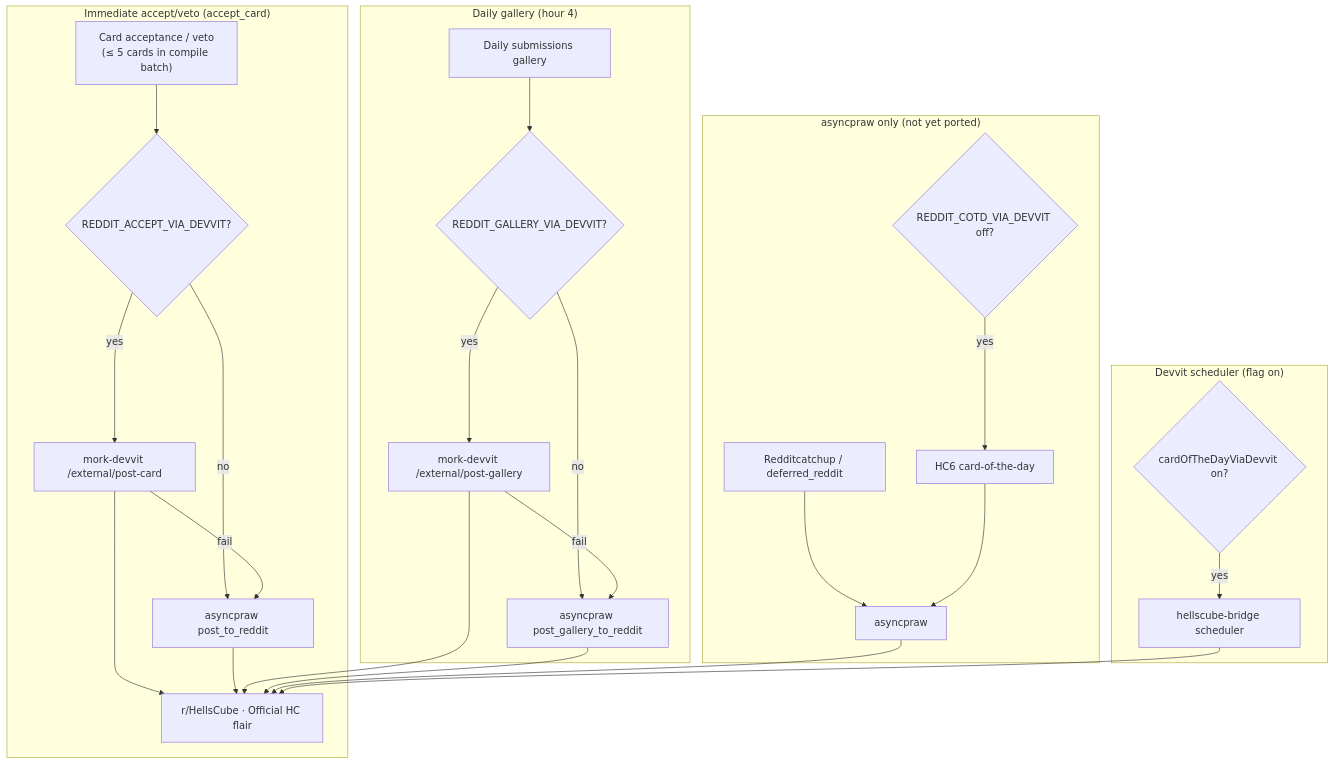
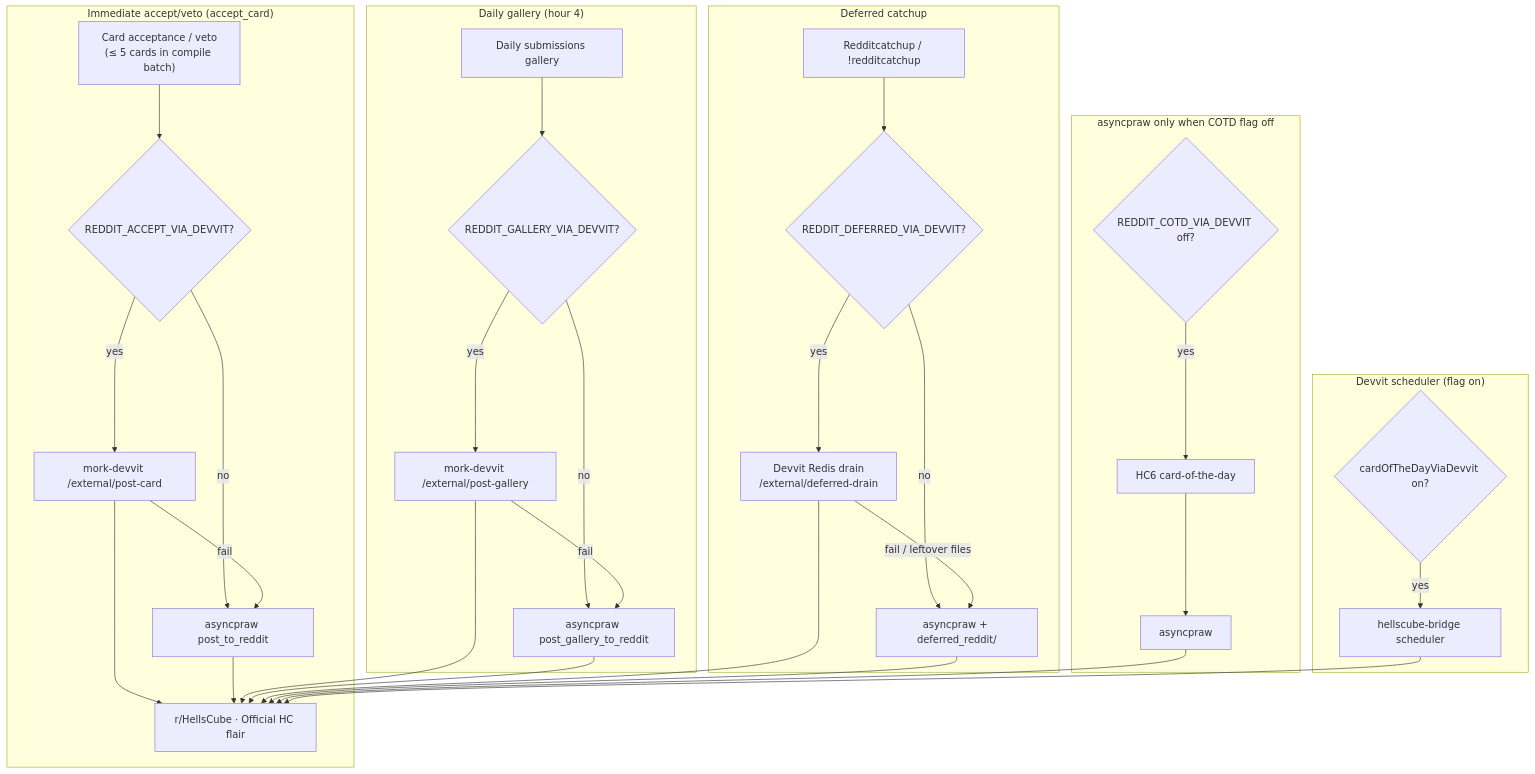
The third of 4 diagrams in docs/card-flows/background.md (bones-bones/mork), drawn with Mermaid before and after one commit. The commit also changed other lines of this file and 36 other files, not shown here.

First line of the commit message:
Devvit deferred redditcatchup queue (#178)

````diff
--- a/docs/card-flows/background.md
+++ b/docs/card-flows/background.md
@@ -70,31 +70,39 @@
 ```mermaid
 flowchart TD
   subgraph immediate["Immediate accept/veto (accept_card)"]
     ACC["Card acceptance / veto<br/>(≤ 5 cards in compile batch)"] --> FLAG{"REDDIT_ACCEPT_VIA_DEVVIT?"}
     FLAG -->|yes| DEV["mork-devvit /external/post-card"]
     FLAG -->|no| PRAW1["asyncpraw post_to_reddit"]
     DEV -->|fail| PRAW1
     DEV --> RED["r/HellsCube · Official HC flair"]
     PRAW1 --> RED
   end
 
   subgraph gallery["Daily gallery (hour 4)"]
     GAL["Daily submissions gallery"] --> GFLAG{"REDDIT_GALLERY_VIA_DEVVIT?"}
     GFLAG -->|yes| GDEV["mork-devvit /external/post-gallery"]
     GFLAG -->|no| PRAWG["asyncpraw post_gallery_to_reddit"]
     GDEV -->|fail| PRAWG
     GDEV --> RED
     PRAWG --> RED
   end
 
-  subgraph asyncpraw_only["asyncpraw only (not yet ported)"]
-    RC["Redditcatchup / deferred_reddit"] --> PRAW2["asyncpraw"]
-    COTD_FLAG{"REDDIT_COTD_VIA_DEVVIT off?"} -->|yes| COTD["HC6 card-of-the-day"] --> PRAW2
+  subgraph deferred["Deferred catchup"]
+    RC["Redditcatchup / !redditcatchup"] --> DFLAG{"REDDIT_DEFERRED_VIA_DEVVIT?"}
+    DFLAG -->|yes| DDEV["Devvit Redis drain<br/>/external/deferred-drain"]
+    DFLAG -->|no| PRAW2["asyncpraw + deferred_reddit/"]
+    DDEV -->|fail / leftover files| PRAW2
+    DDEV --> RED
     PRAW2 --> RED
+  end
+
+  subgraph asyncpraw_only["asyncpraw only when COTD flag off"]
+    COTD_FLAG{"REDDIT_COTD_VIA_DEVVIT off?"} -->|yes| COTD["HC6 card-of-the-day"] --> PRAW3["asyncpraw"]
+    PRAW3 --> RED
   end
 
   subgraph devvit_scheduled["Devvit scheduler (flag on)"]
     COTD_FLAG2{"cardOfTheDayViaDevvit on?"} -->|yes| DEV2["hellscube-bridge scheduler"]
     DEV2 --> RED
   end
 ```
````
